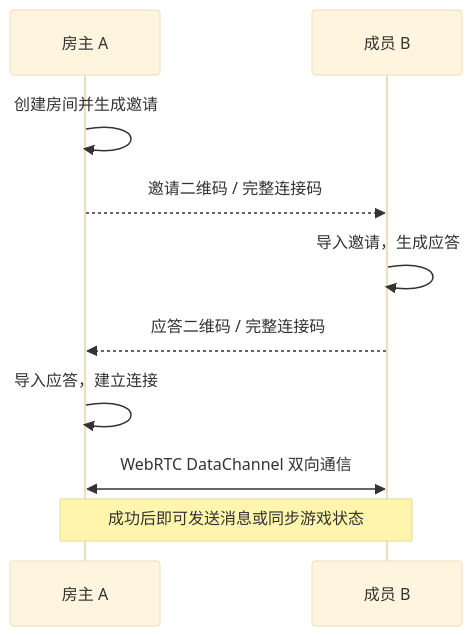
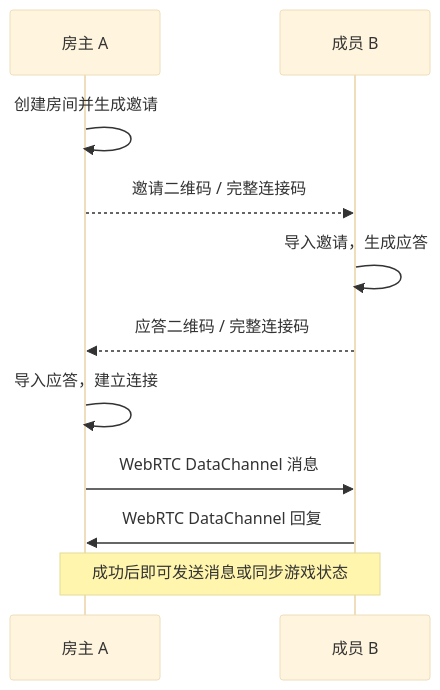
The first of 3 diagrams in README.md (xiaoblackmi/Blackmi-os), drawn with Mermaid (base theme) before and after one commit.

Commit message:
Use broadly compatible Mermaid sequence arrows

````diff
--- a/README.md
+++ b/README.md
@@ -62,12 +62,13 @@
 ```mermaid
 sequenceDiagram
     participant A as 房主 A
     participant B as 成员 B
     A->>A: 创建房间并生成邀请
     A-->>B: 邀请二维码 / 完整连接码
     B->>B: 导入邀请，生成应答
     B-->>A: 应答二维码 / 完整连接码
     A->>A: 导入应答，建立连接
-    A<<->>B: WebRTC DataChannel 双向通信
+    A->>B: WebRTC DataChannel 消息
+    B->>A: WebRTC DataChannel 回复
     Note over A,B: 成功后即可发送消息或同步游戏状态
 ```
````
